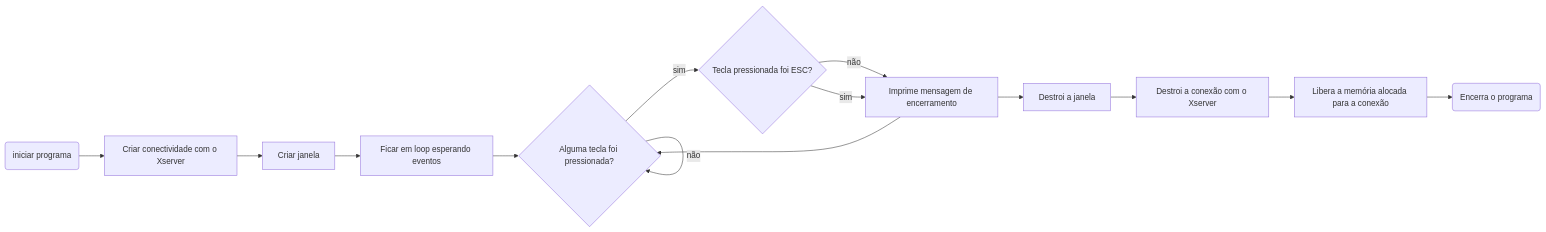
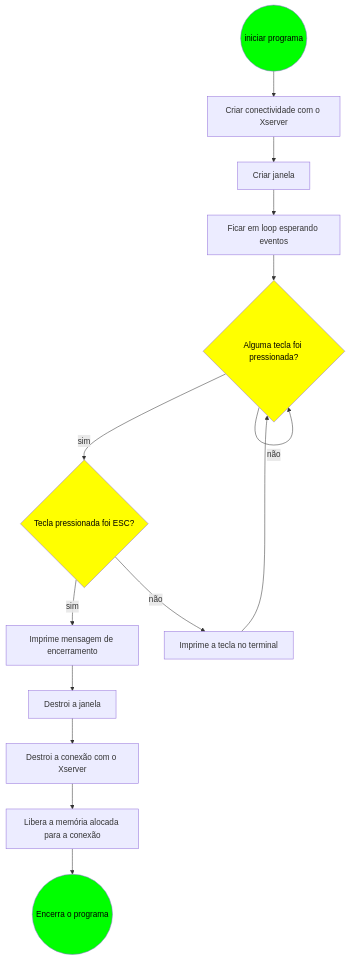
One commit to andreyvdl/MiniLibX_my_docs changed the diagram in README.md. Above: the diagram before and after it, drawn with Mermaid.

````diff
--- a/README.md
+++ b/README.md
@@ -84,26 +84,31 @@
 ```mermaid
-graph LR;
+graph TD;
 	main
 	mlx_init
 	mlx_new_window
 	mlx_key_hook
 	checa_teclas
 	mlx_loop
-	printf
+	printf1
+	printf2
 	mlx_destroy_window
 	mlx_destroy_display
 	free
 	exit
-	main(iniciar programa)-->mlx_init[Criar conectividade com o Xserver]
+	main((iniciar programa))-->mlx_init[Criar conectividade com o Xserver]
 	mlx_init-->mlx_new_window[Criar janela]
 	mlx_new_window-->mlx_loop[Ficar em loop esperando eventos]
 	mlx_loop-->mlx_key_hook{Alguma tecla foi pressionada?}
 	mlx_key_hook-->|não|mlx_key_hook
 	mlx_key_hook-->|sim|checa_teclas{Tecla pressionada foi ESC?}
-	checa_teclas-->|não|printf[Imprime ela no terminal]-->mlx_key_hook
-	checa_teclas-->|sim|printf[Imprime mensagem de encerramento]
-	printf-->mlx_destroy_window[Destroi a janela]
+	checa_teclas-->|não|printf2[Imprime a tecla no terminal]-->mlx_key_hook
+	checa_teclas-->|sim|printf1[Imprime mensagem de encerramento]
+	printf1-->mlx_destroy_window[Destroi a janela]
 	mlx_destroy_window-->mlx_destroy_display[Destroi a conexão com o Xserver]
 	mlx_destroy_display-->free[Libera a memória alocada para a conexão]
-	free-->exit(Encerra o programa)
+	free-->exit((Encerra o programa))
+	style main fill:#00FF00,color:#000000
+	style exit fill:#00FF00,color:#000000
+	style mlx_key_hook fill:#FFFF00,color:#000000
+	style checa_teclas fill:#FFFF00,color:#000000
 ```
````
